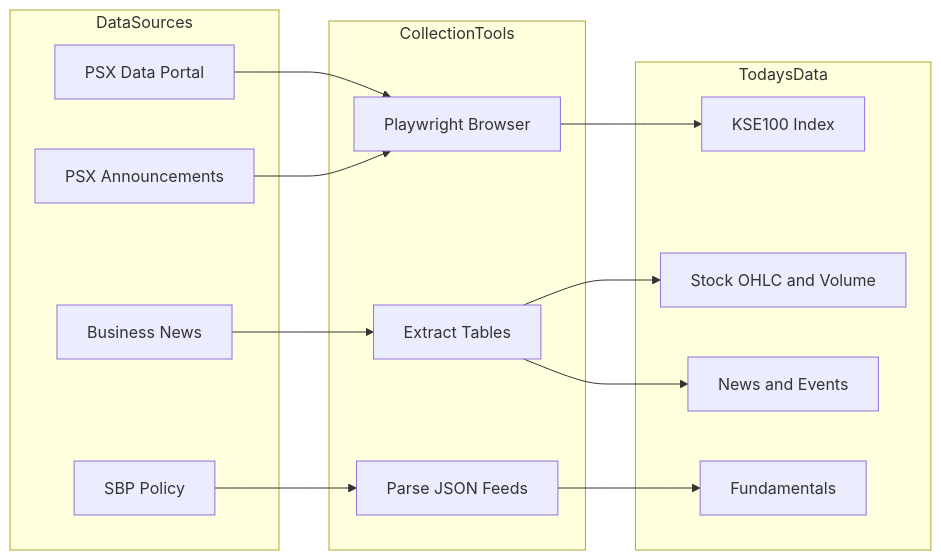
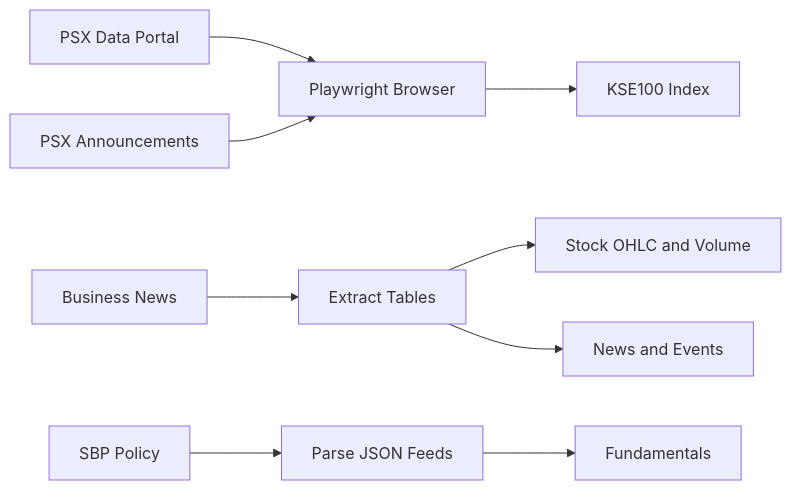
Before and after one commit to razaaflak/psx-analyst-agent: the second of 8 diagrams in reports/DAILY_PIPELINE_OVERVIEW.md, drawn with Mermaid. The commit also changed other lines of this file and 217 other files, not shown here.

First line of the commit message:
Architecture upgrade: 5yr OHLC universe, fundamentals store, backtest engine, condition-search

````diff
--- a/reports/DAILY_PIPELINE_OVERVIEW.md
+++ b/reports/DAILY_PIPELINE_OVERVIEW.md
@@ -53,31 +53,11 @@
 ```mermaid
 graph LR
-  subgraph DataSources
-    A[PSX Data Portal]
-    B[PSX Announcements]
-    C[Business News]
-    D[SBP Policy]
-  end
-
-  subgraph CollectionTools
-    E[Playwright Browser]
-    F[Extract Tables]
-    G[Parse JSON Feeds]
-  end
-
-  subgraph TodaysData
-    H[KSE100 Index]
-    I[Stock OHLC and Volume]
-    J[Fundamentals]
-    K[News and Events]
-  end
-
-  A --> E
-  B --> E
-  C --> F
-  D --> G
-  E --> H
-  F --> I
-  G --> J
-  F --> K
+  A[PSX Data Portal] --> E[Playwright Browser]
+  B[PSX Announcements] --> E
+  C[Business News] --> F[Extract Tables]
+  D[SBP Policy] --> G[Parse JSON Feeds]
+  E --> H[KSE100 Index]
+  F --> I[Stock OHLC and Volume]
+  G --> J[Fundamentals]
+  F --> K[News and Events]
 ```
````
